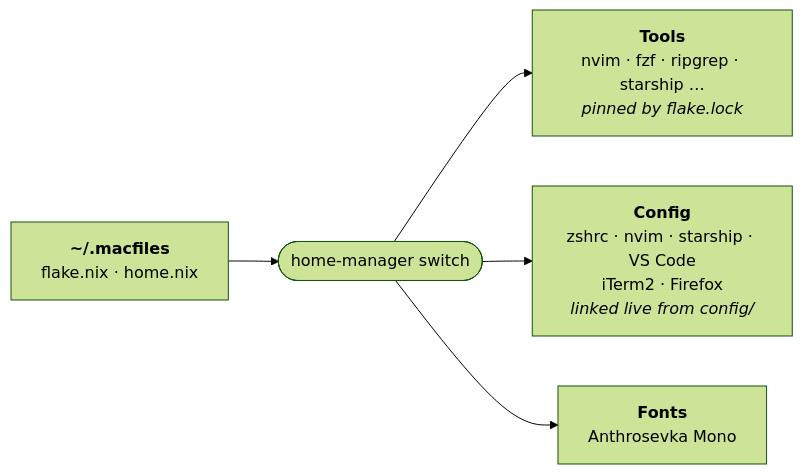
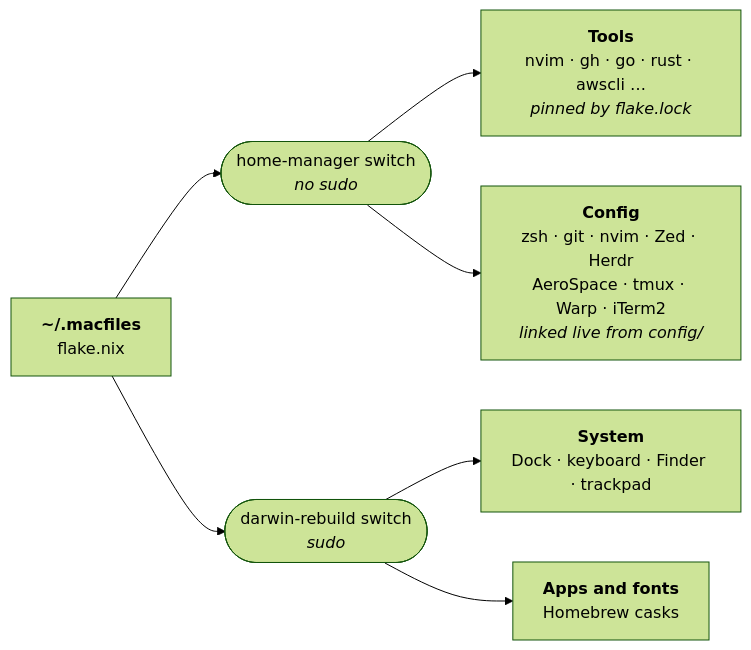
Before and after one commit to aloki-alok/.macfiles: the diagram in README.md, drawn with Mermaid (forest theme). The commit also changed other lines of this file and 2 other files, not shown here.

First line of the commit message:
Drop the VS Code config and document both layers

````diff
--- a/README.md
+++ b/README.md
@@ -5,9 +5,12 @@
 ```mermaid
 flowchart LR
-  repo["<b>~/.macfiles</b><br/>flake.nix · home.nix"]
-  nix(["home-manager switch"])
-  tools["<b>Tools</b><br/>nvim · fzf · ripgrep · starship …<br/><i>pinned by flake.lock</i>"]
-  cfg["<b>Config</b><br/>zshrc · nvim · starship · VS Code<br/>iTerm2 · Firefox<br/><i>linked live from config/</i>"]
-  fonts["<b>Fonts</b><br/>Anthrosevka Mono"]
-  repo --> nix --> tools & cfg & fonts
+  repo["<b>~/.macfiles</b><br/>flake.nix"]
+  hm(["home-manager switch<br/><i>no sudo</i>"])
+  dw(["darwin-rebuild switch<br/><i>sudo</i>"])
+  tools["<b>Tools</b><br/>nvim · gh · go · rust · awscli …<br/><i>pinned by flake.lock</i>"]
+  cfg["<b>Config</b><br/>zsh · git · nvim · Zed · Herdr<br/>AeroSpace · tmux · Warp · iTerm2<br/><i>linked live from config/</i>"]
+  sys["<b>System</b><br/>Dock · keyboard · Finder · trackpad"]
+  apps["<b>Apps and fonts</b><br/>Homebrew casks"]
+  repo --> hm --> tools & cfg
+  repo --> dw --> sys & apps
 ```
````
